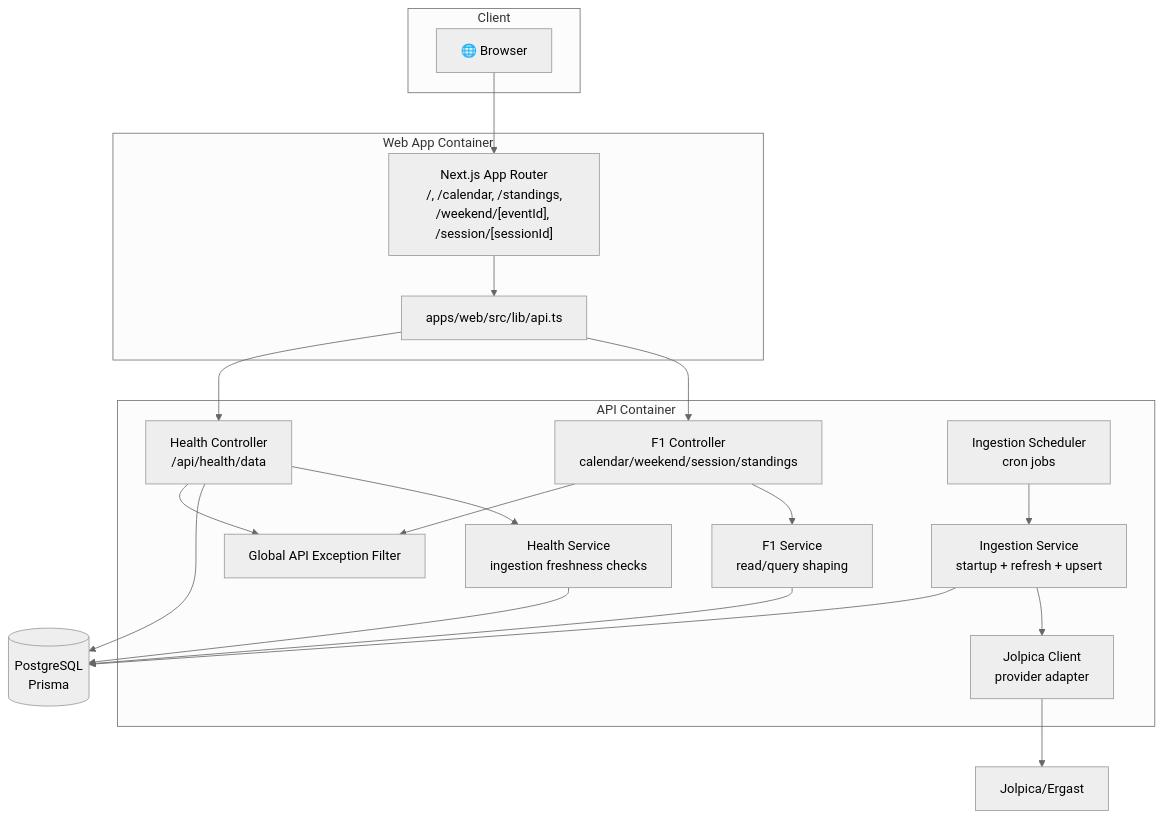
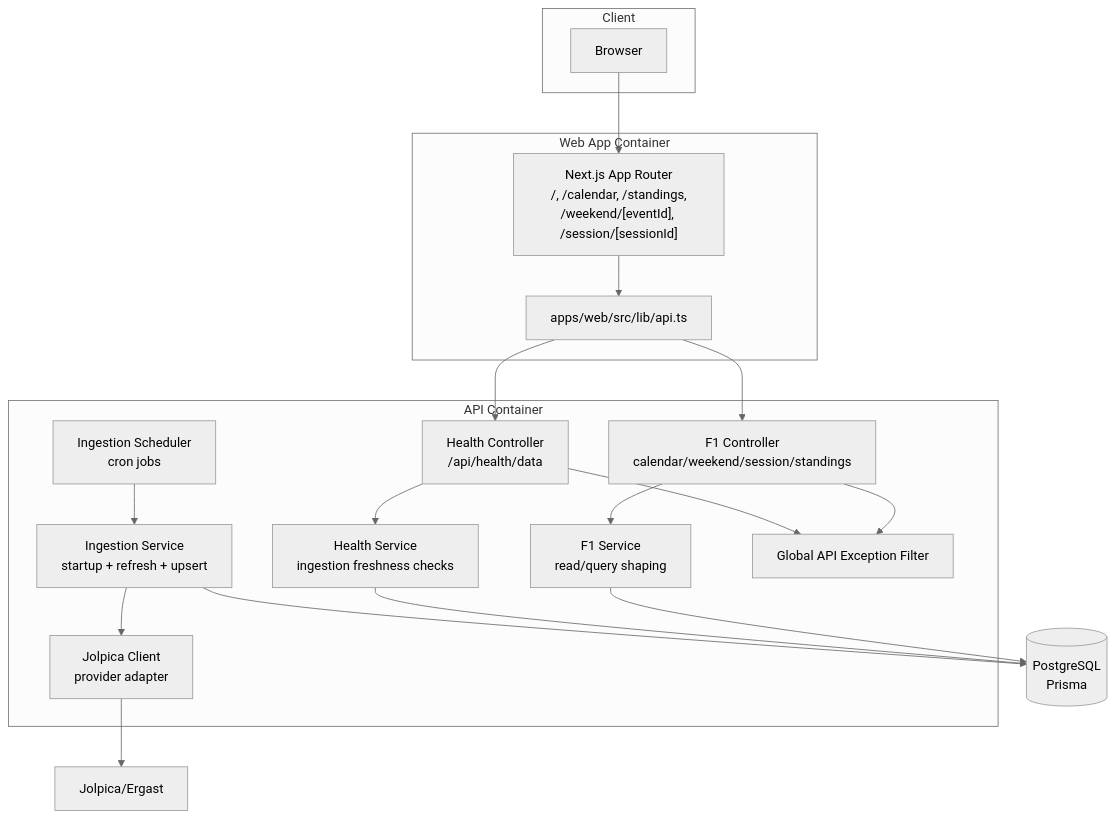
One commit to wocampodev/f1-vibetiming changed the diagram in docs/architecture/02-container-view.md. Above: the diagram before and after it, drawn with Mermaid (neutral theme). The commit also changed 10 other files, not shown here.

Commit message:
docs: refresh architecture rendering and post-MVP handoff state

````diff
--- a/docs/architecture/02-container-view.md
+++ b/docs/architecture/02-container-view.md
@@ -5,44 +5,43 @@
 ```mermaid
 flowchart TB
   subgraph Client
-    browser["🌐 Browser"]
+    browser["Browser"]
   end
 
   subgraph Web["Web App Container"]
     webRoutes["Next.js App Router<br/>/, /calendar, /standings,<br/>/weekend/[eventId], /session/[sessionId]"]
     webApiClient["apps/web/src/lib/api.ts"]
   end
 
   subgraph Api["API Container"]
     f1Controller["F1 Controller<br/>calendar/weekend/session/standings"]
     healthController["Health Controller<br/>/api/health/data"]
     f1Service["F1 Service<br/>read/query shaping"]
     healthService["Health Service<br/>ingestion freshness checks"]
     ingestionScheduler["Ingestion Scheduler<br/>cron jobs"]
     ingestionService["Ingestion Service<br/>startup + refresh + upsert"]
     jolpicaClient["Jolpica Client<br/>provider adapter"]
     exceptionFilter["Global API Exception Filter"]
   end
 
   db[("PostgreSQL<br/>Prisma")]
   provider["Jolpica/Ergast"]
 
   browser --> webRoutes
   webRoutes --> webApiClient
   webApiClient --> f1Controller
   webApiClient --> healthController
 
   f1Controller --> f1Service
   healthController --> healthService
-  healthController --> db
   f1Service --> db
   healthService --> db
 
   ingestionScheduler --> ingestionService
   ingestionService --> jolpicaClient
   ingestionService --> db
   jolpicaClient --> provider
 
   f1Controller --> exceptionFilter
   healthController --> exceptionFilter
 ```
````
